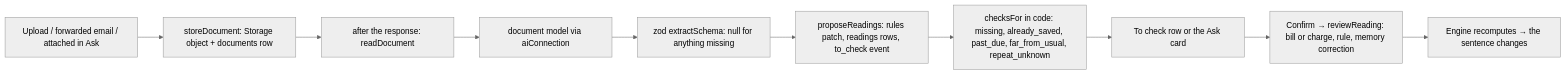
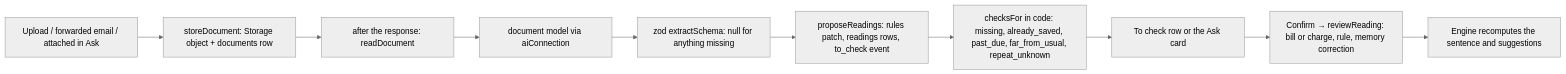
Before and after one commit to BenBen05059997/personal-economy-saver: the third of 3 diagrams in ARCHITECTURE.md, drawn with Mermaid (neutral theme). The commit also changed other lines of this file and 18 other files, not shown here.

````diff
--- a/ARCHITECTURE.md
+++ b/ARCHITECTURE.md
@@ -302,12 +302,12 @@
 ```mermaid
 flowchart LR
     U[Upload / forwarded email / attached in Ask] --> S[storeDocument: Storage object + documents row]
     S --> R[after the response: readDocument]
     R --> M[document model via aiConnection]
     M --> Z[zod extractSchema: null for anything missing]
     Z --> P[proposeReadings: rules patch, readings rows, to_check event]
     P --> C[checksFor in code: missing, already_saved, past_due, far_from_usual, repeat_unknown]
     C --> V[To check row or the Ask card]
     V --> F[Confirm → reviewReading: bill or charge, rule, memory correction]
-    F --> E[Engine recomputes → the sentence changes]
+    F --> E[Engine recomputes the sentence and suggestions]
 ```
````
